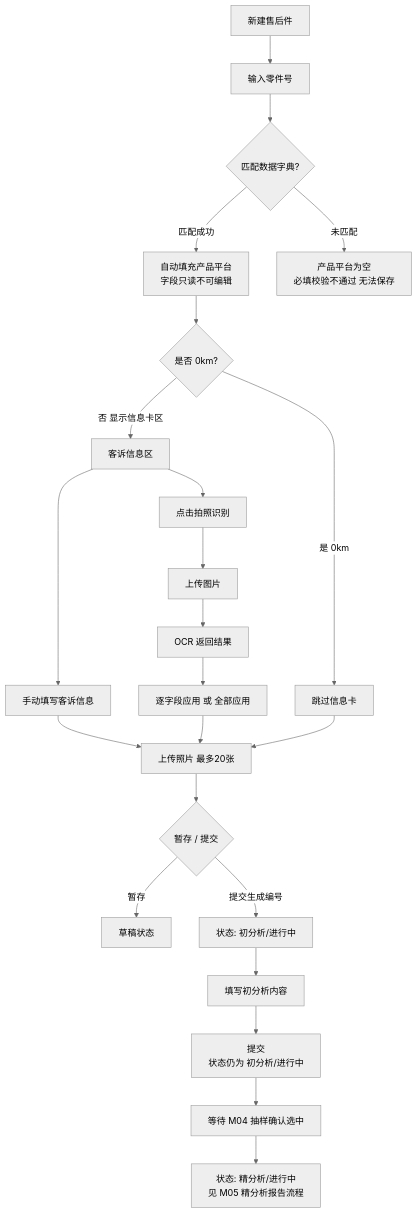
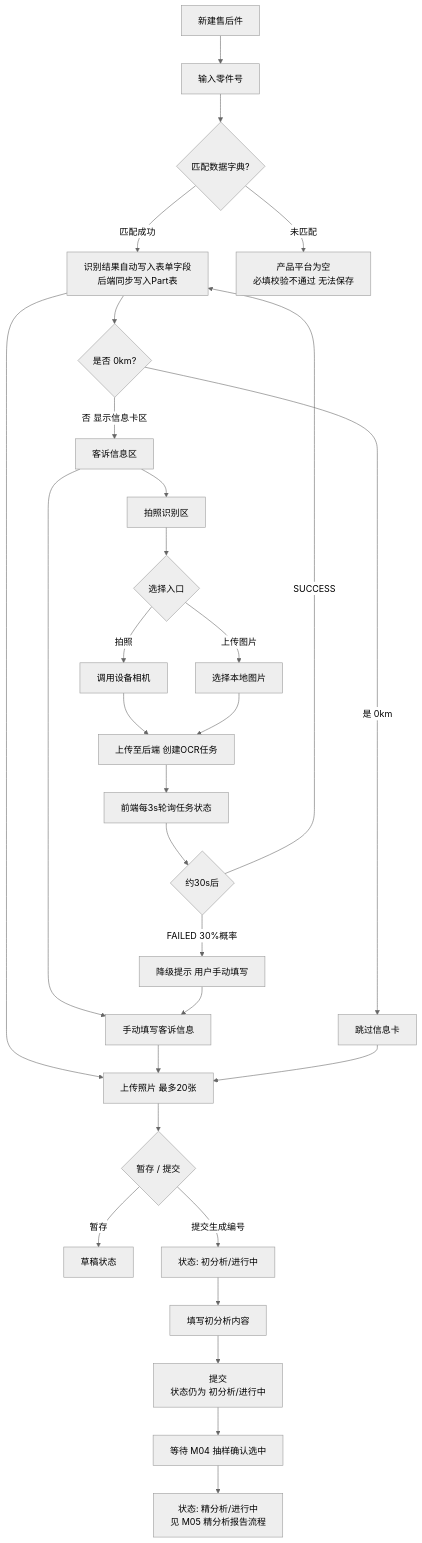
The sixth of 15 diagrams in 01-设计文档/开发设计文档.md (xvfeiran/wfam-doc), drawn with Mermaid (neutral theme) before and after one commit. The commit also changed other lines of this file and 1 other file, not shown here.

Commit message:
docs: update OCR design and test documentation (v2.5)
- Design doc: update OCR data flow to async task model (POST /ocr/tasks +
  GET /ocr/tasks/{id}), dual entry points, Part auto-fill on success,
  graceful degradation; add APMS_OCR_TASK entity; update API table
- Test doc (v2.5): rewrite 3.7 OCR section (5 cases → 12 cases) covering
  camera/upload entries, 3s polling, auto-fill, backend write, failure
  degradation, image preview, new-mode task binding; update progress table

````diff
--- a/01-设计文档/开发设计文档.md
+++ b/01-设计文档/开发设计文档.md
@@ -396,29 +400,36 @@
 ```mermaid
 flowchart TD
     Create[新建售后件] --> InputCode[输入零件号]
     InputCode --> Match{匹配数据字典?}
     Match -->|匹配成功| AutoFill[自动填充产品平台
     字段只读不可编辑]
     Match -->|未匹配| Empty[产品平台为空
     必填校验不通过 无法保存]
     AutoFill --> Check{是否 0km?}
     Check -->|否 显示信息卡区| InfoCard[客诉信息区]
     Check -->|是 0km| Skip[跳过信息卡]
     InfoCard --> Manual[手动填写客诉信息]
-    InfoCard --> OCR[点击拍照识别]
-    OCR --> Upload[上传图片]
-    Upload --> OCRResult[OCR 返回结果]
-    OCRResult --> Apply[逐字段应用 或 全部应用]
-    Manual --> Photos[上传照片 最多20张]
-    Apply --> Photos
+    InfoCard --> OCR[拍照识别区]
+    OCR --> OCREntry{选择入口}
+    OCREntry -->|拍照| Camera[调用设备相机]
+    OCREntry -->|上传图片| FilePick[选择本地图片]
+    Camera --> Upload[上传至后端 创建OCR任务]
+    FilePick --> Upload
+    Upload --> Poll[前端每3s轮询任务状态]
+    Poll --> OCRDone{约30s后}
+    OCRDone -->|SUCCESS| AutoFill[识别结果自动写入表单字段<br>后端同步写入Part表]
+    OCRDone -->|FAILED 30%概率| Degrade[降级提示 用户手动填写]
+    AutoFill --> Photos[上传照片 最多20张]
+    Degrade --> Manual
+    Manual --> Photos
     Skip --> Photos
     Photos --> Submit{暂存 / 提交}
     Submit -->|暂存| Draft[草稿状态]
     Submit -->|提交生成编号| Pending[状态: 初分析/进行中]
     Pending --> InitialAnalysis[填写初分析内容]
     InitialAnalysis --> SubmitInitial[提交
     状态仍为 初分析/进行中]
     SubmitInitial --> WaitSampling[等待 M04 抽样确认选中]
     WaitSampling --> Detailed[状态: 精分析/进行中
     见 M05 精分析报告流程]
 ```
````
